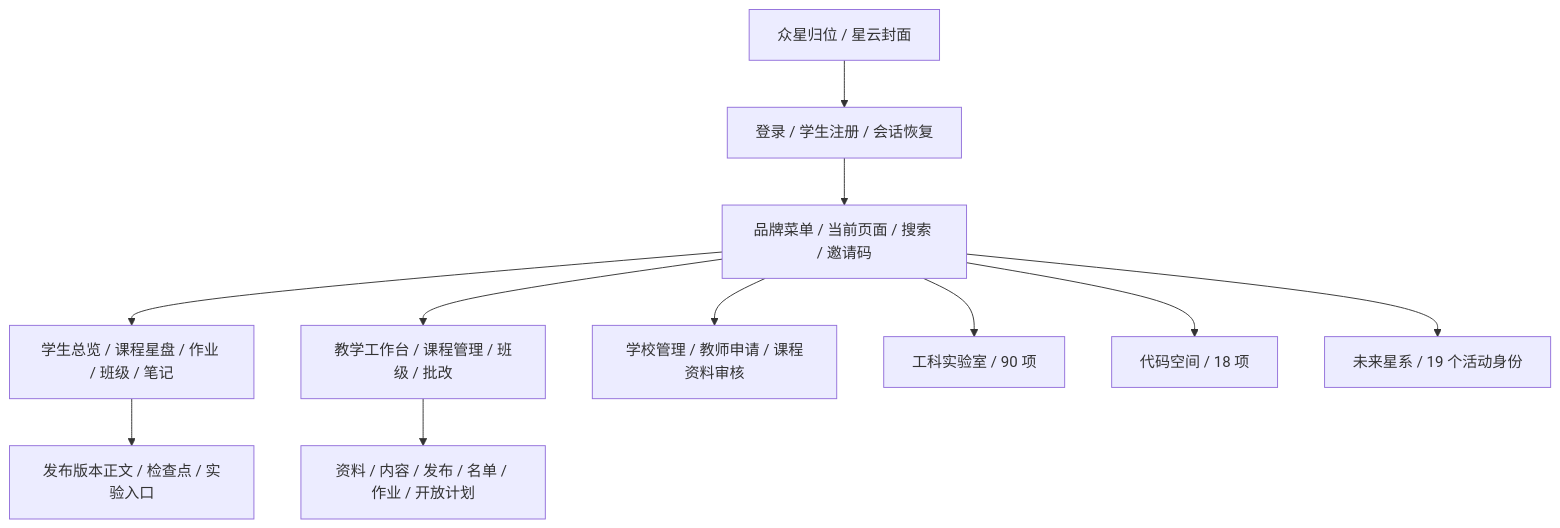
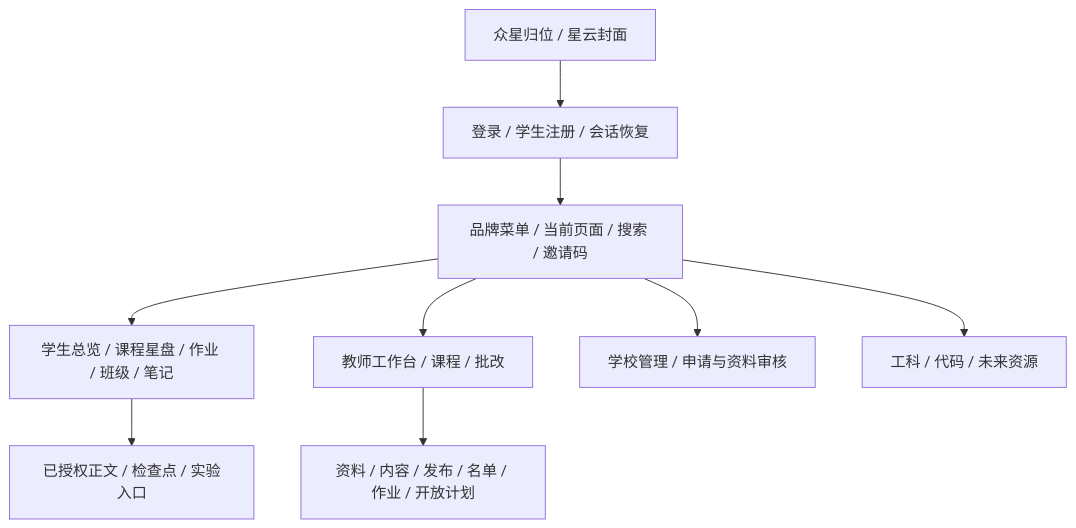
Before and after one commit to falling-feather/Astra: the second of 9 diagrams in doc/01-开发者手册.md, drawn with Mermaid. The commit also changed other lines of this file and 61 other files, not shown here.

````diff
--- a/doc/01-开发者手册.md
+++ b/doc/01-开发者手册.md
@@ -352,13 +117,11 @@
 ```mermaid
 flowchart TB
-    INTRO[众星归位 / 星云封面] --> LOGIN[登录 / 学生注册 / 会话恢复]
-    LOGIN --> SHELL[品牌菜单 / 当前页面 / 搜索 / 邀请码]
-    SHELL --> STUDENT[学生总览 / 课程星盘 / 作业 / 班级 / 笔记]
-    SHELL --> TEACHER[教学工作台 / 课程管理 / 班级 / 批改]
-    SHELL --> ADMIN[学校管理 / 教师申请 / 课程资料审核]
-    SHELL --> ENGLAB[工科实验室 / 90 项]
-    SHELL --> CODE[代码空间 / 18 项]
-    SHELL --> FUTURE[未来星系 / 19 个活动身份]
-    TEACHER --> EDITOR[资料 / 内容 / 发布 / 名单 / 作业 / 开放计划]
-    STUDENT --> LESSON[发布版本正文 / 检查点 / 实验入口]
+    INTRO["众星归位 / 星云封面"] --> LOGIN["登录 / 学生注册 / 会话恢复"]
+    LOGIN --> SHELL["品牌菜单 / 当前页面 / 搜索 / 邀请码"]
+    SHELL --> STUDENT["学生总览 / 课程星盘 / 作业 / 班级 / 笔记"]
+    SHELL --> TEACHER["教师工作台 / 课程 / 批改"]
+    SHELL --> ADMIN["学校管理 / 申请与资料审核"]
+    SHELL --> LAB["工科 / 代码 / 未来资源"]
+    TEACHER --> EDITOR["资料 / 内容 / 发布 / 名单 / 作业 / 开放计划"]
+    STUDENT --> LESSON["已授权正文 / 检查点 / 实验入口"]
 ```
````
